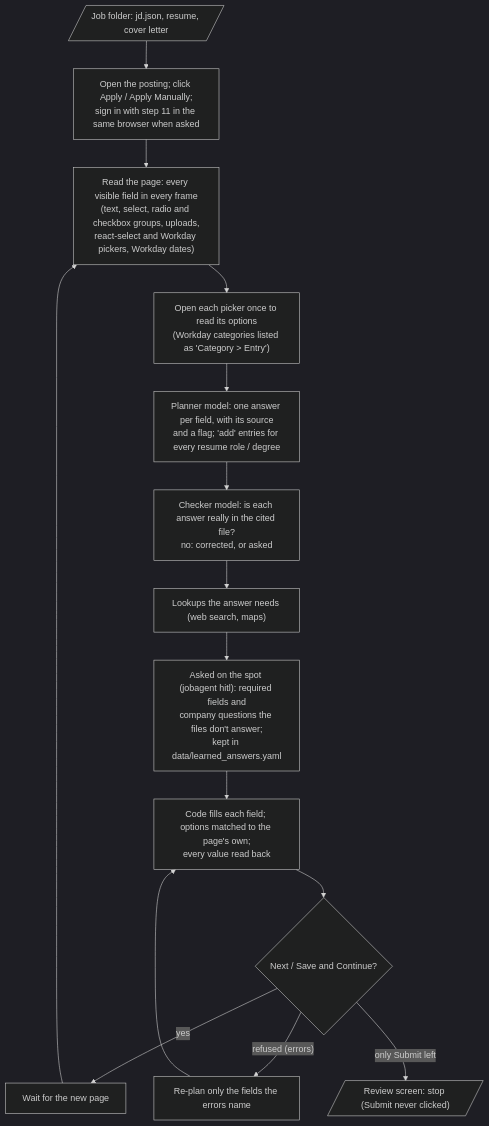
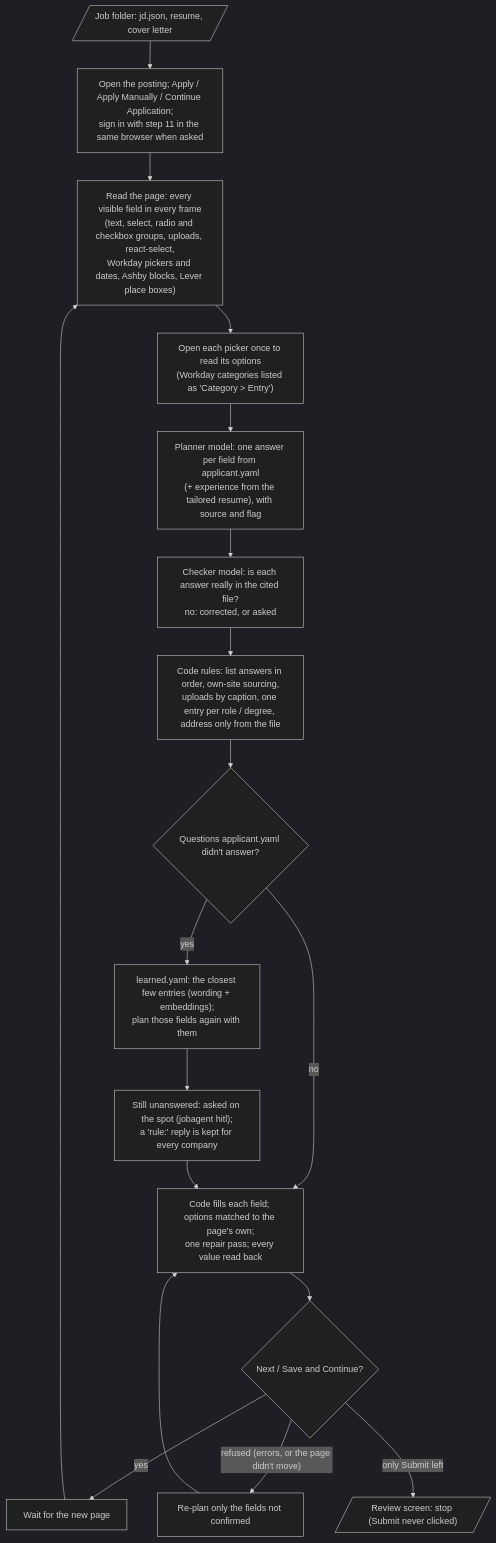
The diagram in docs/steps/12-forms.md (BhavyaShah1234/JobApplicationAgent), drawn with Mermaid (dark theme) before and after one commit. The commit also changed other lines of this file, not shown here.

Commit message:
docs: step 12 done (final retest of five postings, learned.yaml, rules)

````diff
--- a/docs/steps/12-forms.md
+++ b/docs/steps/12-forms.md
@@ -21,15 +26,18 @@
 ```mermaid
 flowchart TD
-    J[/"Job folder: jd.json, resume, cover letter"/] --> S["Open the posting; click Apply / Apply Manually;<br/>sign in with step 11 in the same browser when asked"]
-    S --> R["Read the page: every visible field in every frame<br/>(text, select, radio and checkbox groups, uploads,<br/>react-select and Workday pickers, Workday dates)"]
+    J[/"Job folder: jd.json, resume, cover letter"/] --> S["Open the posting; Apply / Apply Manually / Continue Application;<br/>sign in with step 11 in the same browser when asked"]
+    S --> R["Read the page: every visible field in every frame<br/>(text, select, radio and checkbox groups, uploads, react-select,<br/>Workday pickers and dates, Ashby blocks, Lever place boxes)"]
     R --> O["Open each picker once to read its options<br/>(Workday categories listed as 'Category > Entry')"]
-    O --> P["Planner model: one answer per field, with its source<br/>and a flag; 'add' entries for every resume role / degree"]
+    O --> P["Planner model: one answer per field from applicant.yaml<br/>(+ experience from the tailored resume), with source and flag"]
     P --> C["Checker model: is each answer really in the cited file?<br/>no: corrected, or asked"]
-    C --> L["Lookups the answer needs (web search, maps)"]
-    L --> H["Asked on the spot (jobagent hitl): required fields and<br/>company questions the files don't answer;<br/>kept in data/learned_answers.yaml"]
-    H --> F["Code fills each field; options matched to the page's own;<br/>every value read back"]
+    C --> K["Code rules: list answers in order, own-site sourcing,<br/>uploads by caption, one entry per role / degree, address only from the file"]
+    K --> Q{"Questions applicant.yaml didn't answer?"}
+    Q -- "yes" --> LR["learned.yaml: the closest few entries (wording + embeddings);<br/>plan those fields again with them"]
+    LR --> H["Still unanswered: asked on the spot (jobagent hitl);<br/>a 'rule:' reply is kept for every company"]
+    Q -- "no" --> F
+    H --> F["Code fills each field; options matched to the page's own;<br/>one repair pass; every value read back"]
     F --> N{"Next / Save and Continue?"}
     N -- "yes" --> W["Wait for the new page"] --> R
-    N -- "refused (errors)" --> E["Re-plan only the fields the errors name"] --> F
+    N -- "refused (errors, or the page didn't move)" --> E["Re-plan only the fields not confirmed"] --> F
     N -- "only Submit left" --> V[/"Review screen: stop (Submit never clicked)"/]
 ```
````
